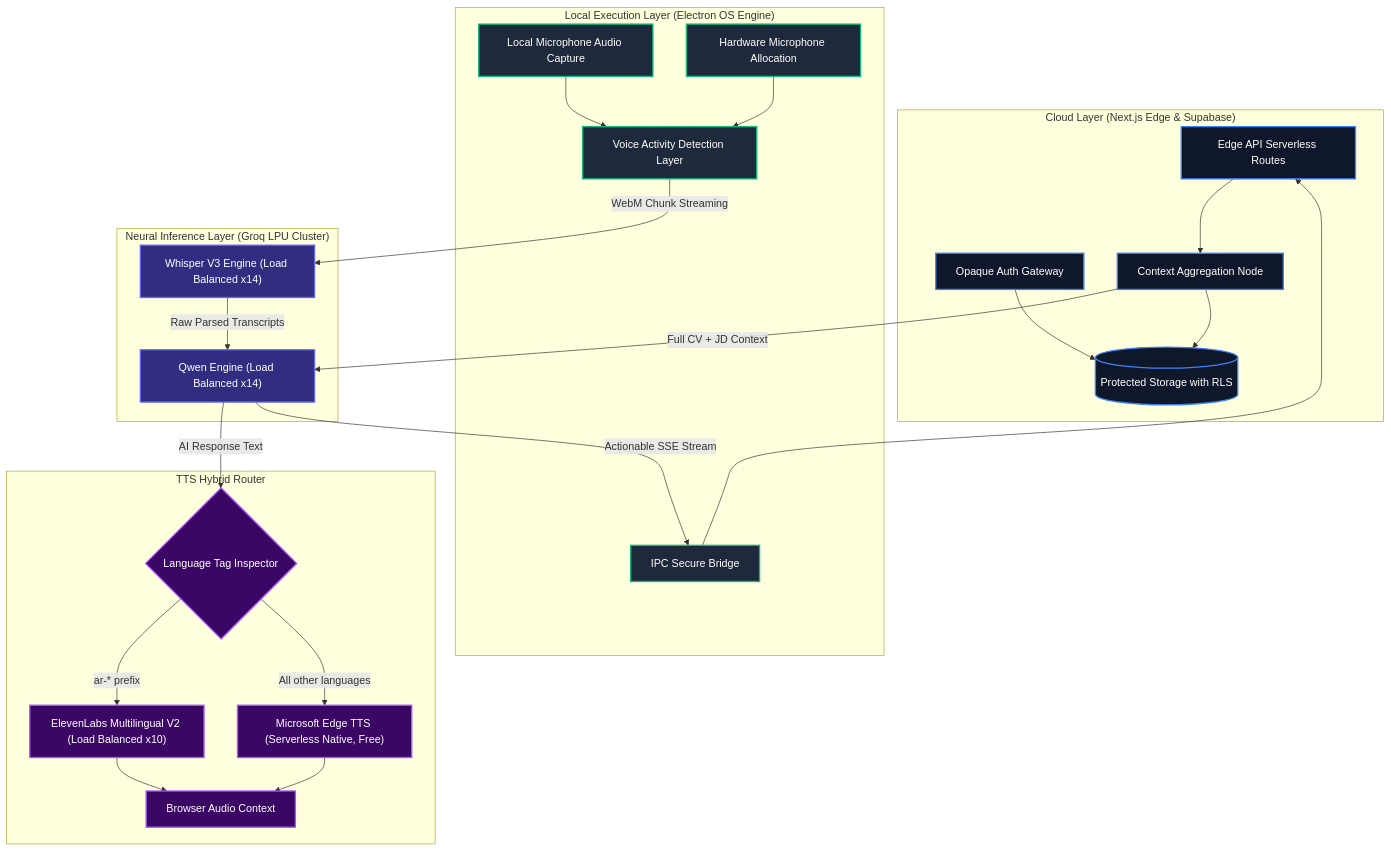
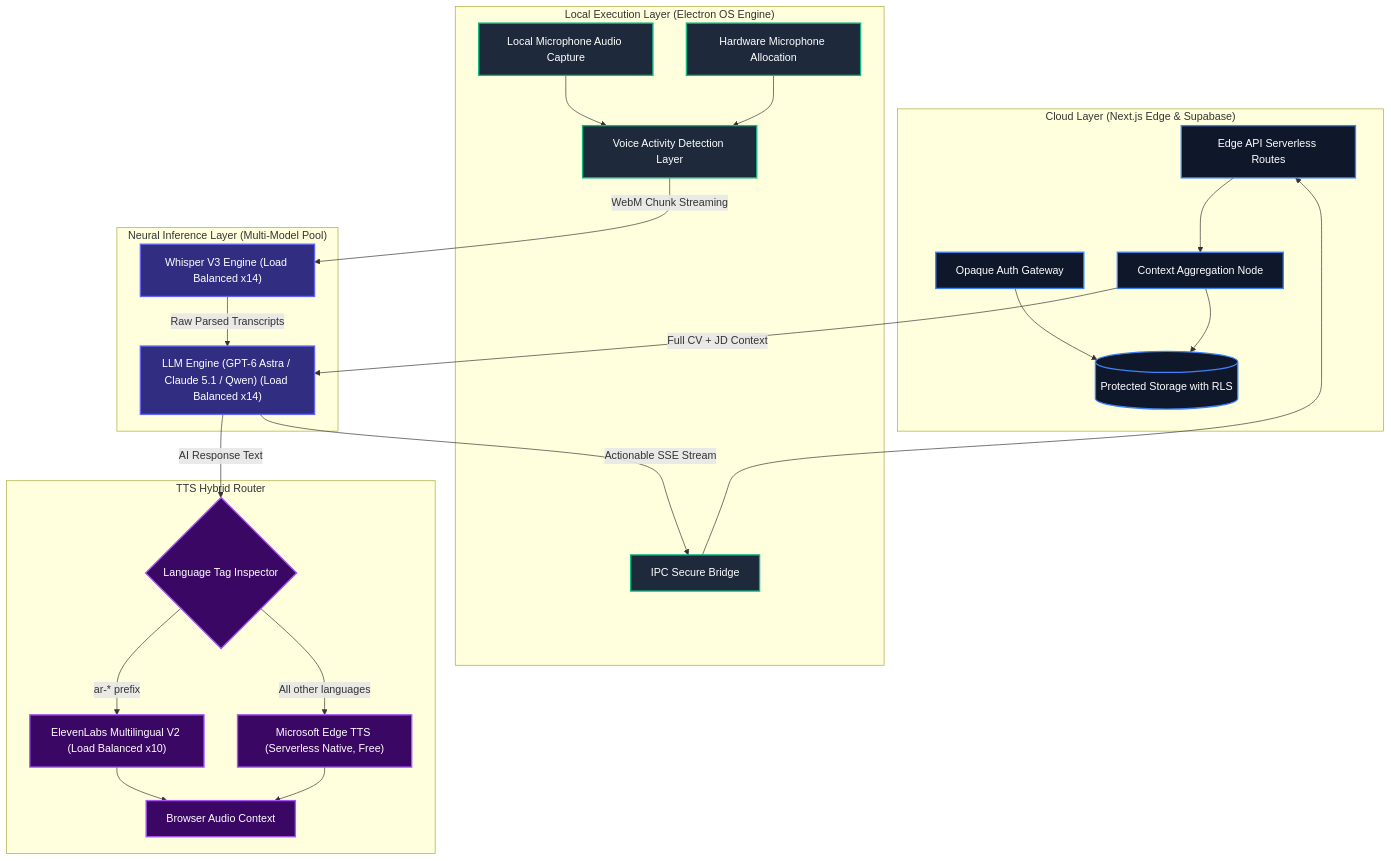
One commit to ziademad02153/ZEDX-AI-Simulator changed the first of 8 diagrams in README.md. Above: the diagram before and after it, drawn with Mermaid. The commit also changed other lines of this file and 99 other files, not shown here.

````diff
--- a/README.md
+++ b/README.md
@@ -35,39 +35,39 @@
 ```mermaid
 graph TD
     subgraph CloudLayer ["Cloud Layer (Next.js Edge & Supabase)"]
         AUTH["Opaque Auth Gateway"] --> DB[("Protected Storage with RLS")]
         API["Edge API Serverless Routes"] --> CONTEXT_SERVER["Context Aggregation Node"]
         CONTEXT_SERVER --> DB
     end
 
     subgraph LocalExecutionLayer ["Local Execution Layer (Electron OS Engine)"]
         SYS["Local Microphone Audio Capture"] --> VAD["Voice Activity Detection Layer"]
         MIC["Hardware Microphone Allocation"] --> VAD
         IPC["IPC Secure Bridge"] --> API
     end
 
-    subgraph NeuralInferenceLayer ["Neural Inference Layer (Groq LPU Cluster)"]
+    subgraph NeuralInferenceLayer ["Neural Inference Layer (Multi-Model Pool)"]
         VAD -- "WebM Chunk Streaming" --> WHISPER["Whisper V3 Engine (Load Balanced x14)"]
-        WHISPER -- "Raw Parsed Transcripts" --> LLM["Qwen Engine (Load Balanced x14)"]
+        WHISPER -- "Raw Parsed Transcripts" --> LLM["LLM Engine (GPT-6 Astra / Claude 5.1 / Qwen) (Load Balanced x14)"]
         CONTEXT_SERVER -- "Full CV + JD Context" --> LLM
         LLM -- "Actionable SSE Stream" --> IPC
     end
 
     subgraph TTSHybridLayer ["TTS Hybrid Router"]
         LLM -- "AI Response Text" --> LANG_DETECT{"Language Tag Inspector"}
         LANG_DETECT -- "ar-* prefix" --> ELEVEN["ElevenLabs Multilingual V2 (Load Balanced x10)"]
         LANG_DETECT -- "All other languages" --> EDGE["Microsoft Edge TTS (Serverless Native, Free)"]
         ELEVEN --> AUDIO_OUT["Browser Audio Context"]
         EDGE --> AUDIO_OUT
     end
 
     classDef cloud fill:#0f172a,stroke:#3b82f6,stroke-width:2px,color:#fff;
     classDef local fill:#1e293b,stroke:#10b981,stroke-width:2px,color:#fff;
     classDef neural fill:#312e81,stroke:#6366f1,stroke-width:2px,color:#fff;
     classDef tts fill:#3b0764,stroke:#a855f7,stroke-width:2px,color:#fff;
 
     class AUTH,DB,API,CONTEXT_SERVER cloud;
     class SYS,MIC,VAD,IPC local;
     class WHISPER,LLM neural;
     class LANG_DETECT,ELEVEN,EDGE,AUDIO_OUT tts;
 ```
````
